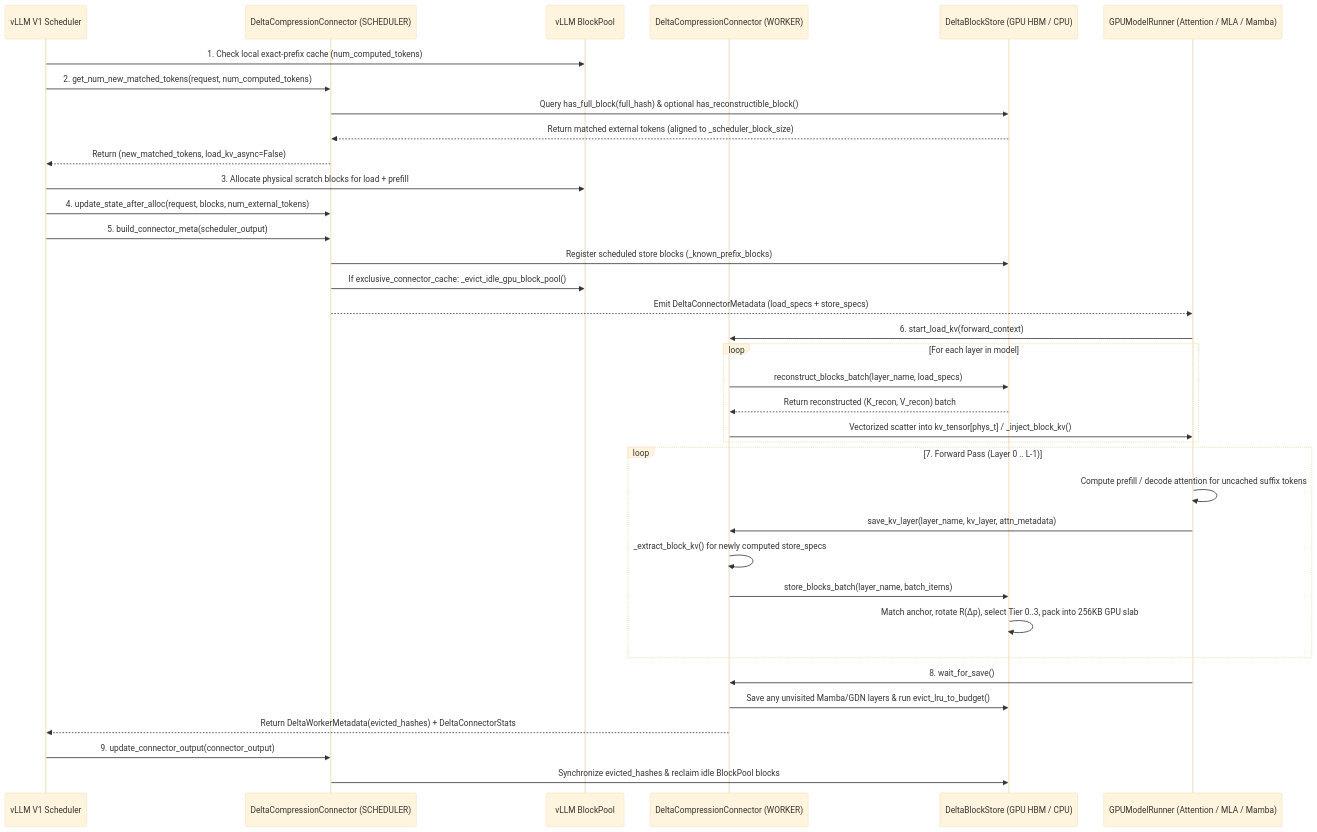
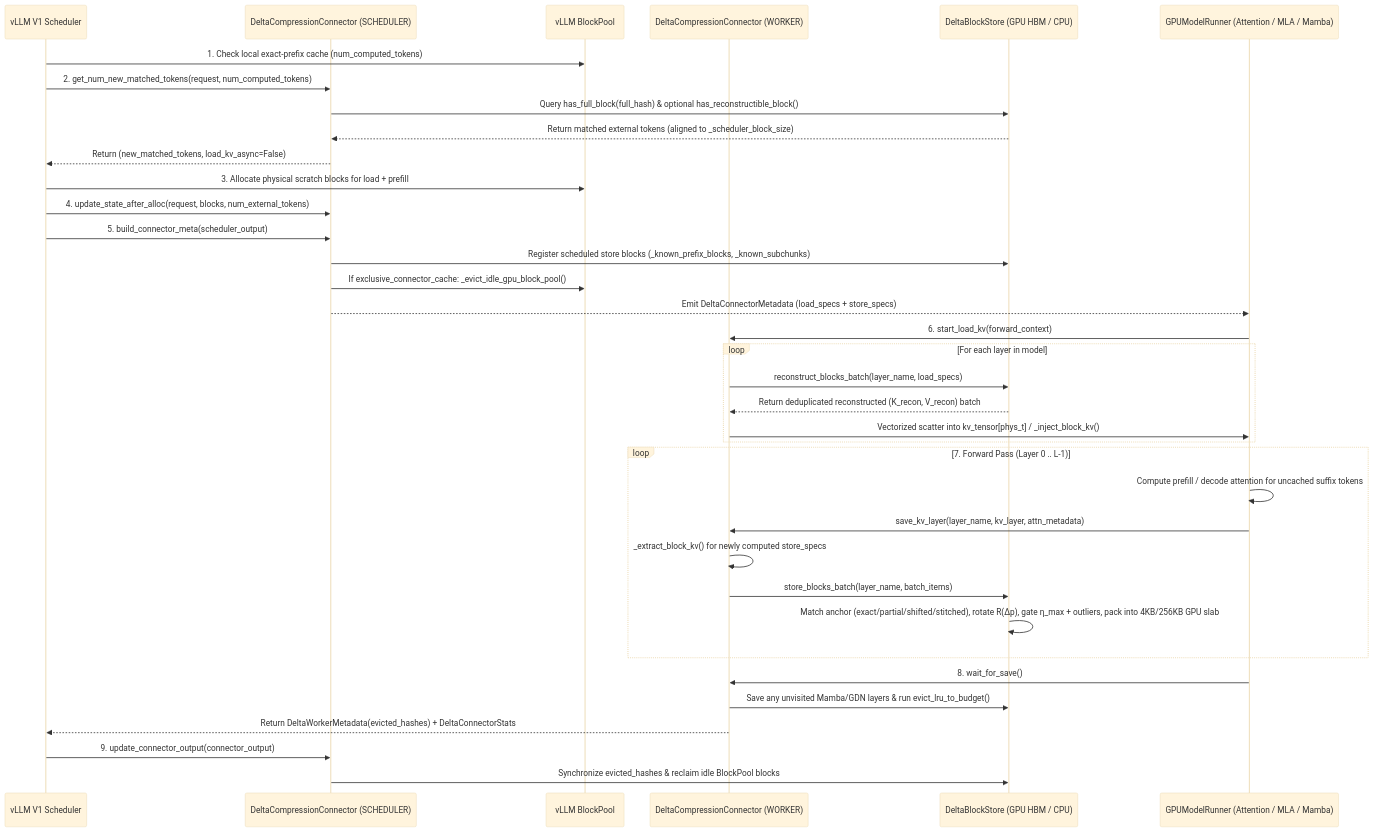
The second of 4 diagrams in docs/design/delta_compression_connector.md (xzhaosg/vllm), drawn with Mermaid (base theme) before and after one commit. The commit also changed other lines of this file and 3 other files, not shown here.

````diff
--- a/docs/design/delta_compression_connector.md
+++ b/docs/design/delta_compression_connector.md
@@ -142,42 +154,42 @@
 ```mermaid
 sequenceDiagram
     participant Sched as vLLM V1 Scheduler
     participant SConn as DeltaCompressionConnector (SCHEDULER)
     participant Pool as vLLM BlockPool
     participant WConn as DeltaCompressionConnector (WORKER)
     participant Store as DeltaBlockStore (GPU HBM / CPU)
     participant Runner as GPUModelRunner (Attention / MLA / Mamba)
 
     Sched->>Pool: 1. Check local exact-prefix cache (num_computed_tokens)
     Sched->>SConn: 2. get_num_new_matched_tokens(request, num_computed_tokens)
     SConn->>Store: Query has_full_block(full_hash) & optional has_reconstructible_block()
     Store-->>SConn: Return matched external tokens (aligned to _scheduler_block_size)
     SConn-->>Sched: Return (new_matched_tokens, load_kv_async=False)
     Sched->>Pool: 3. Allocate physical scratch blocks for load + prefill
     Sched->>SConn: 4. update_state_after_alloc(request, blocks, num_external_tokens)
     Sched->>SConn: 5. build_connector_meta(scheduler_output)
-    SConn->>Store: Register scheduled store blocks (_known_prefix_blocks)
+    SConn->>Store: Register scheduled store blocks (_known_prefix_blocks, _known_subchunks)
     SConn->>Pool: If exclusive_connector_cache: _evict_idle_gpu_block_pool()
     SConn-->>Runner: Emit DeltaConnectorMetadata (load_specs + store_specs)
 
     Runner->>WConn: 6. start_load_kv(forward_context)
     loop For each layer in model
         WConn->>Store: reconstruct_blocks_batch(layer_name, load_specs)
-        Store-->>WConn: Return reconstructed (K_recon, V_recon) batch
+        Store-->>WConn: Return deduplicated reconstructed (K_recon, V_recon) batch
         WConn->>Runner: Vectorized scatter into kv_tensor[phys_t] / _inject_block_kv()
     end
 
     loop 7. Forward Pass (Layer 0 .. L-1)
         Runner->>Runner: Compute prefill / decode attention for uncached suffix tokens
         Runner->>WConn: save_kv_layer(layer_name, kv_layer, attn_metadata)
         WConn->>WConn: _extract_block_kv() for newly computed store_specs
         WConn->>Store: store_blocks_batch(layer_name, batch_items)
-        Store->>Store: Match anchor, rotate R(Δp), select Tier 0..3, pack into 256KB GPU slab
+        Store->>Store: Match anchor (exact/partial/shifted/stitched), rotate R(Δp), gate η_max + outliers, pack into 4KB/256KB GPU slab
     end
 
     Runner->>WConn: 8. wait_for_save()
     WConn->>Store: Save any unvisited Mamba/GDN layers & run evict_lru_to_budget()
     WConn-->>Sched: Return DeltaWorkerMetadata(evicted_hashes) + DeltaConnectorStats
     Sched->>SConn: 9. update_connector_output(connector_output)
     SConn->>Store: Synchronize evicted_hashes & reclaim idle BlockPool blocks
 ```
````
